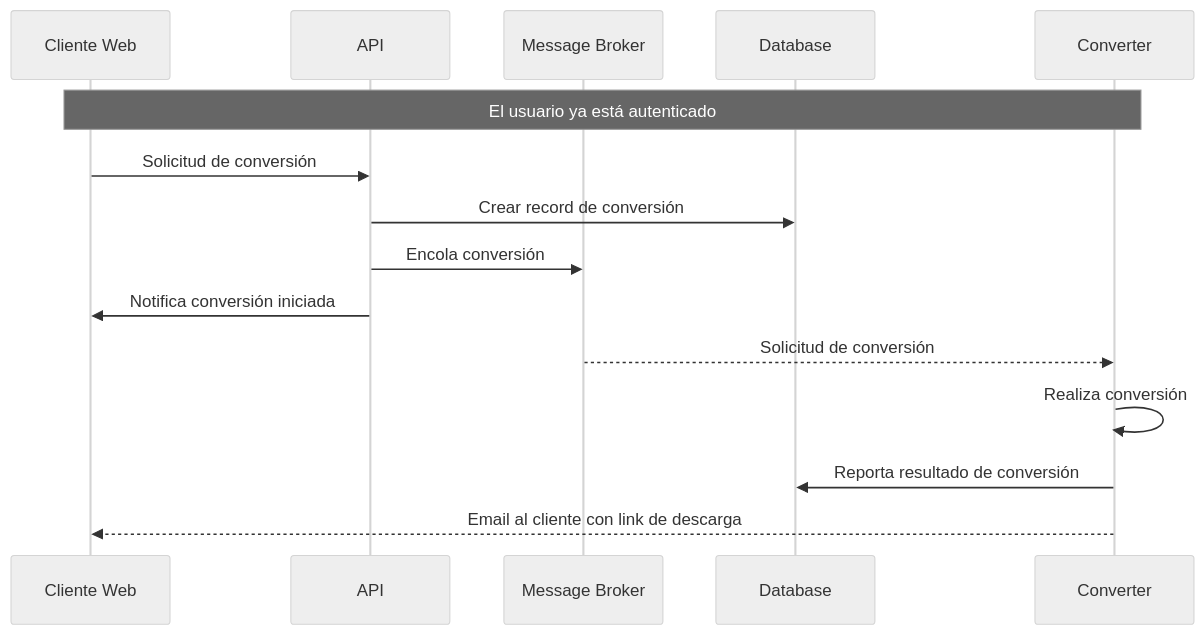
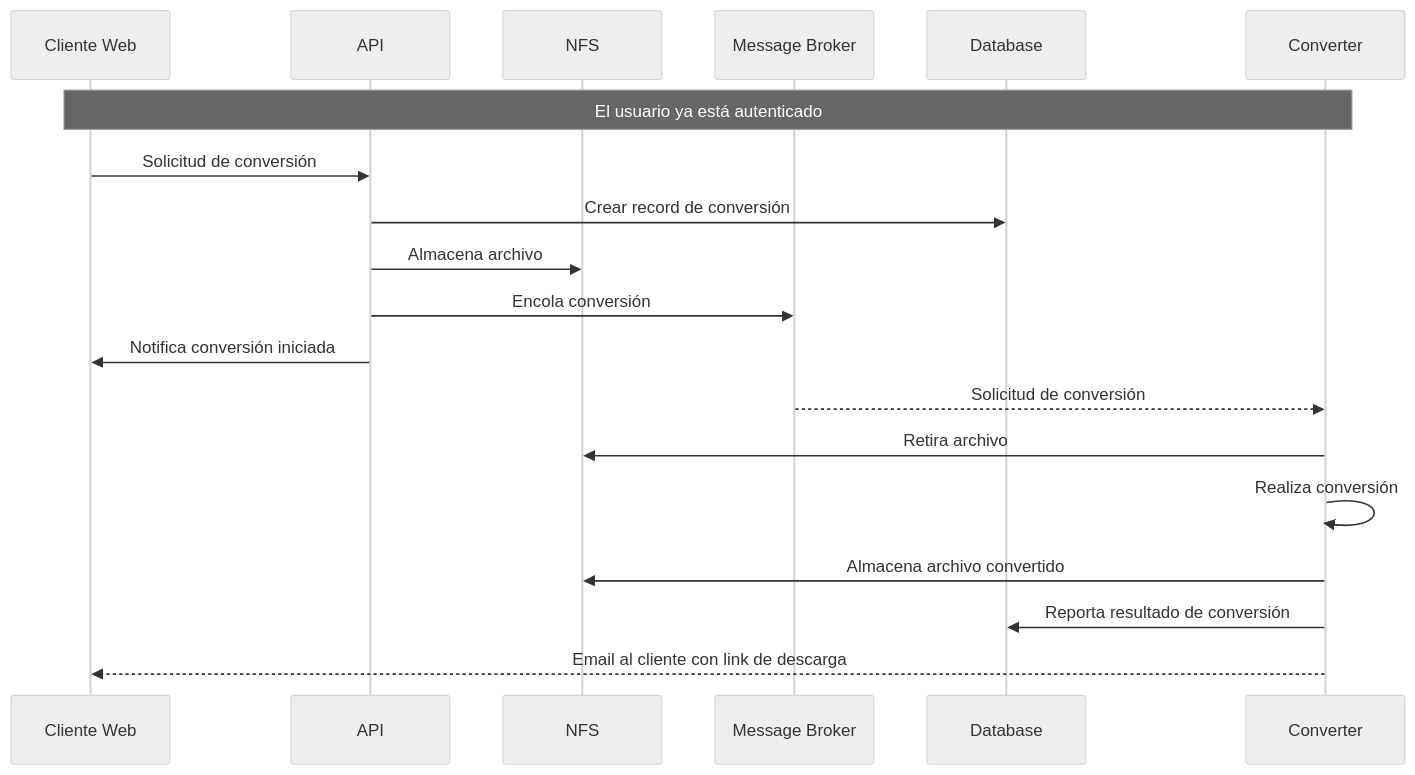
Before and after one commit to muniter/uni_cloud_convert: the second of 4 diagrams in README.md, drawn with Mermaid (neutral theme). The commit also changed other lines of this file, not shown here.

````diff
--- a/README.md
+++ b/README.md
@@ -66,19 +77,23 @@
 ```mermaid
 sequenceDiagram
   participant cli as Cliente Web
   participant api as API
+  participant nfs as NFS
   participant mb as Message Broker
   participant db as Database
   participant co as Converter
 
   Note over cli,co: El usuario ya está autenticado
 
   cli->>api: Solicitud de conversión
   api->>db: Crear record de conversión
+  api->>nfs: Almacena archivo
   api->>mb: Encola conversión
   api->>cli: Notifica conversión iniciada
   mb-->>co: Solicitud de conversión
+  co->>nfs: Retira archivo
   co->>co: Realiza conversión
+  co->>nfs: Almacena archivo convertido
   co->>db: Reporta resultado de conversión
   co-->>cli: Email al cliente con link de descarga
 ```
````
